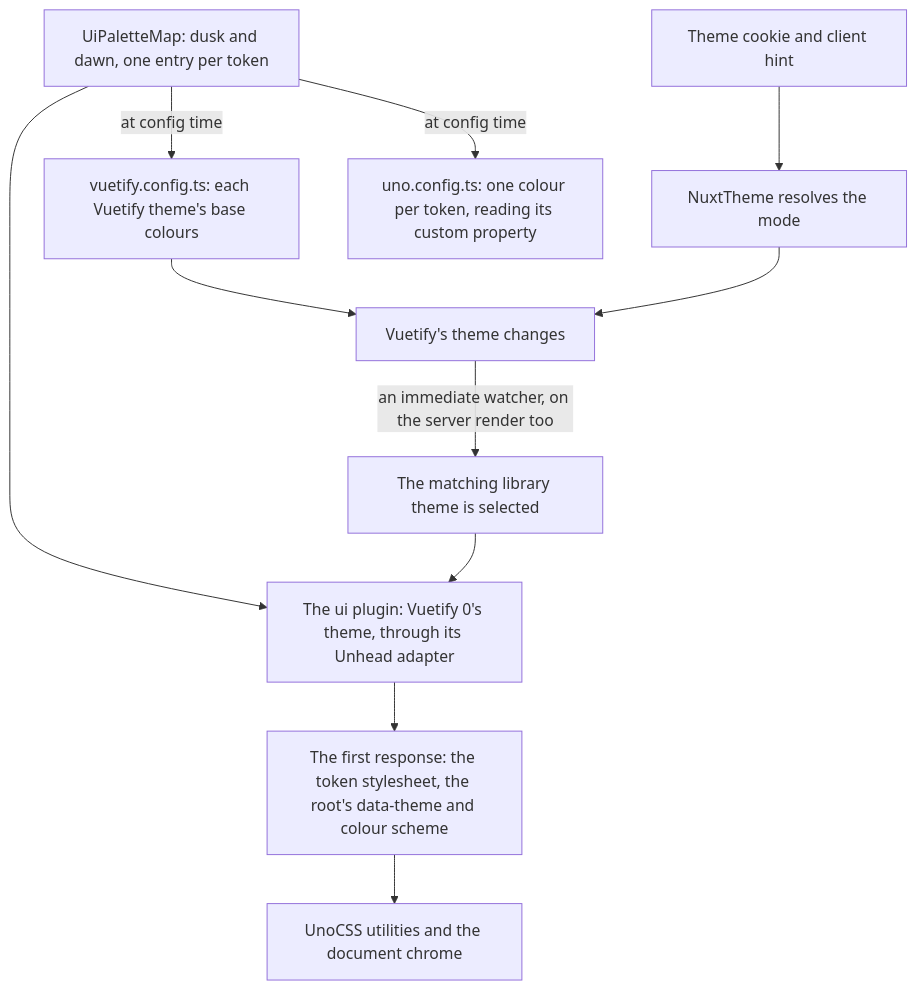
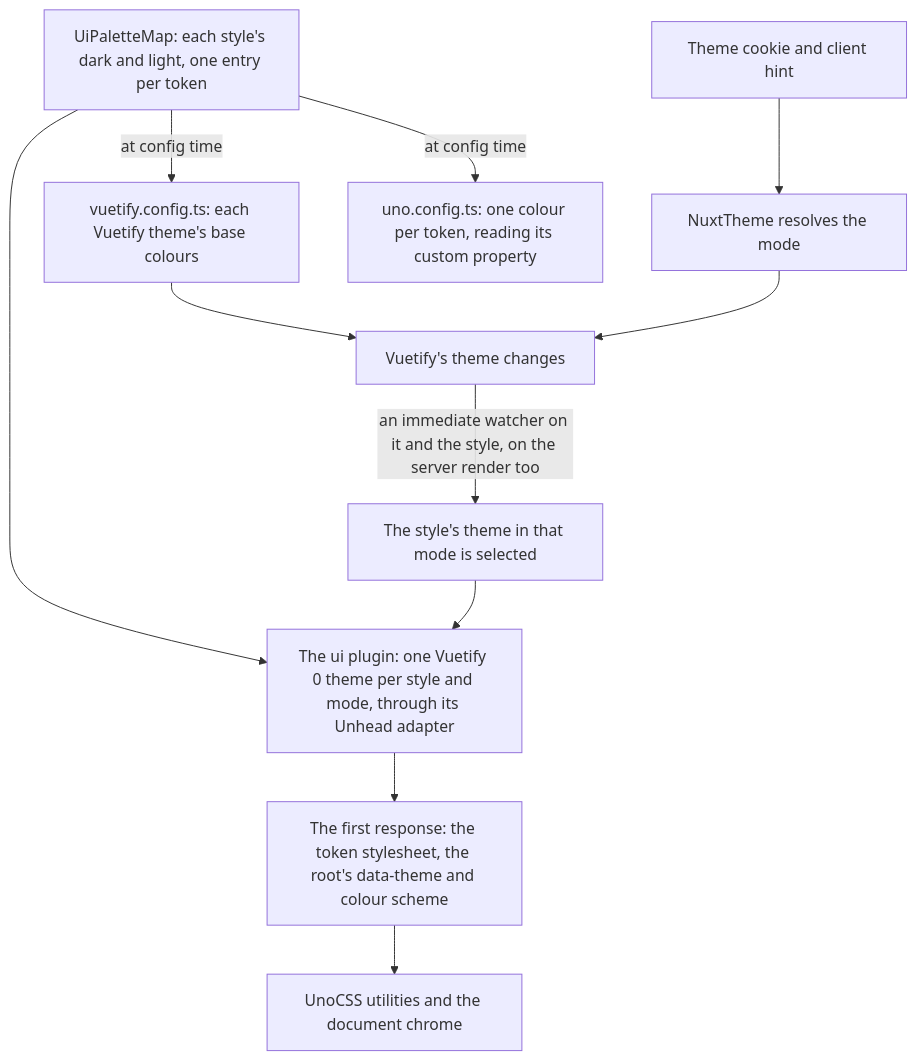
Before and after one commit to Esposter/Esposter: the first of 8 diagrams in apps/web/content/docs/architecture/ui-library.md, drawn with Mermaid. The commit also changed other lines of this file and 24 other files, not shown here.

````diff
--- a/apps/web/content/docs/architecture/ui-library.md
+++ b/apps/web/content/docs/architecture/ui-library.md
@@ -14,13 +14,13 @@
 ```mermaid
 flowchart TD
-  M[UiPaletteMap: dusk and dawn, one entry per token] --> P[The ui plugin: Vuetify 0's theme, through its Unhead adapter]
+  M[UiPaletteMap: each style's dark and light, one entry per token] --> P[The ui plugin: one Vuetify 0 theme per style and mode, through its Unhead adapter]
   M -->|at config time| VC[vuetify.config.ts: each Vuetify theme's base colours]
   M -->|at config time| UC[uno.config.ts: one colour per token, reading its custom property]
   C[Theme cookie and client hint] --> NT[NuxtTheme resolves the mode]
   NT --> V[Vuetify's theme changes]
-  V -->|an immediate watcher, on the server render too| S[The matching library theme is selected]
+  V -->|an immediate watcher on it and the style, on the server render too| S[The style's theme in that mode is selected]
   S --> P
   P --> H[The first response: the token stylesheet, the root's data-theme and colour scheme]
   H --> U[UnoCSS utilities and the document chrome]
   VC --> V
 ```
````
